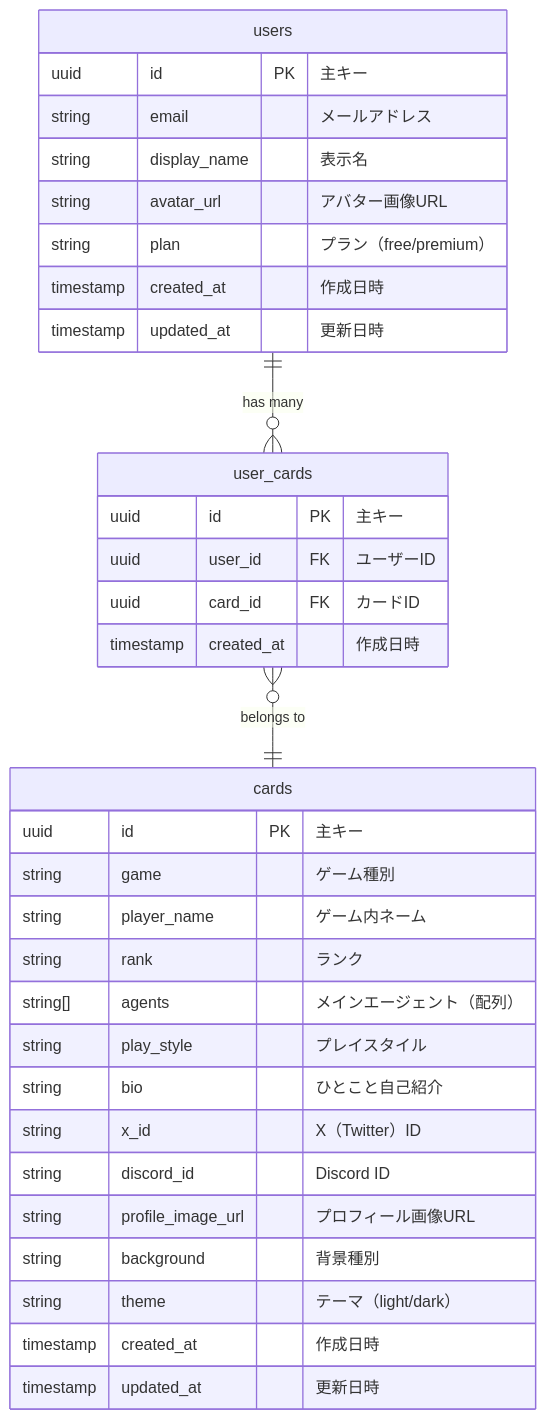
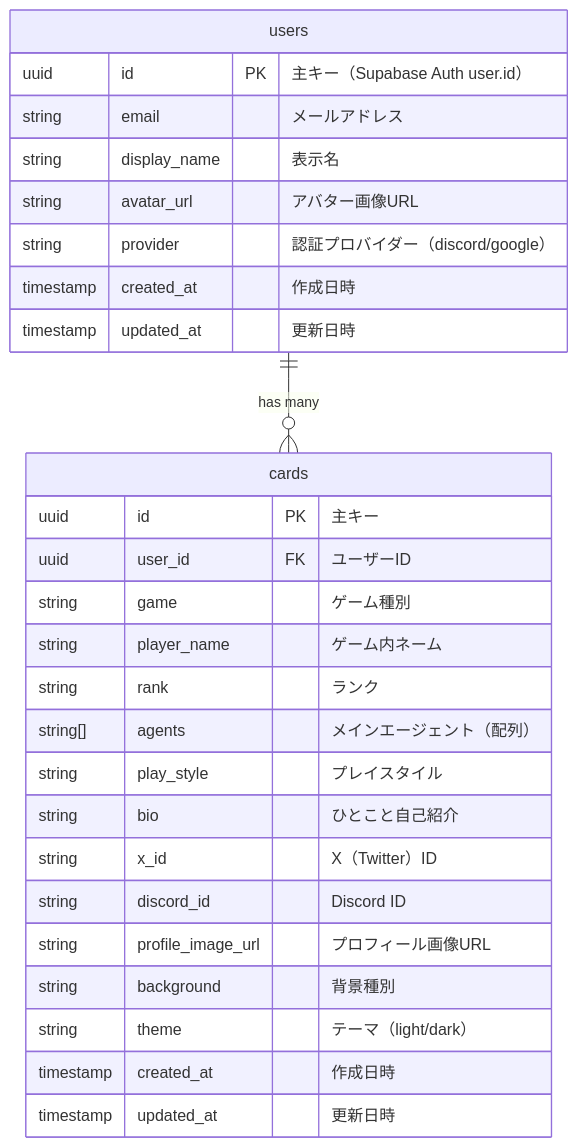
The diagram in docs/ERD.md (machina-gg/gg-profile), drawn with Mermaid before and after one commit. The commit also changed other lines of this file and 4 other files, not shown here.

````diff
--- a/docs/ERD.md
+++ b/docs/ERD.md
@@ -42,39 +17,32 @@
 ```mermaid
 erDiagram
-    users ||--o{ user_cards : "has many"
-    user_cards }o--|| cards : "belongs to"
+    users ||--o{ cards : "has many"
 
     users {
-        uuid id PK "主キー"
+        uuid id PK "主キー（Supabase Auth user.id）"
         string email "メールアドレス"
         string display_name "表示名"
         string avatar_url "アバター画像URL"
-        string plan "プラン（free/premium）"
+        string provider "認証プロバイダー（discord/google）"
         timestamp created_at "作成日時"
         timestamp updated_at "更新日時"
     }
 
     cards {
         uuid id PK "主キー"
+        uuid user_id FK "ユーザーID"
         string game "ゲーム種別"
         string player_name "ゲーム内ネーム"
         string rank "ランク"
         string[] agents "メインエージェント（配列）"
         string play_style "プレイスタイル"
         string bio "ひとこと自己紹介"
         string x_id "X（Twitter）ID"
         string discord_id "Discord ID"
         string profile_image_url "プロフィール画像URL"
         string background "背景種別"
         string theme "テーマ（light/dark）"
         timestamp created_at "作成日時"
         timestamp updated_at "更新日時"
     }
-
-    user_cards {
-        uuid id PK "主キー"
-        uuid user_id FK "ユーザーID"
-        uuid card_id FK "カードID"
-        timestamp created_at "作成日時"
-    }
 ```
````
